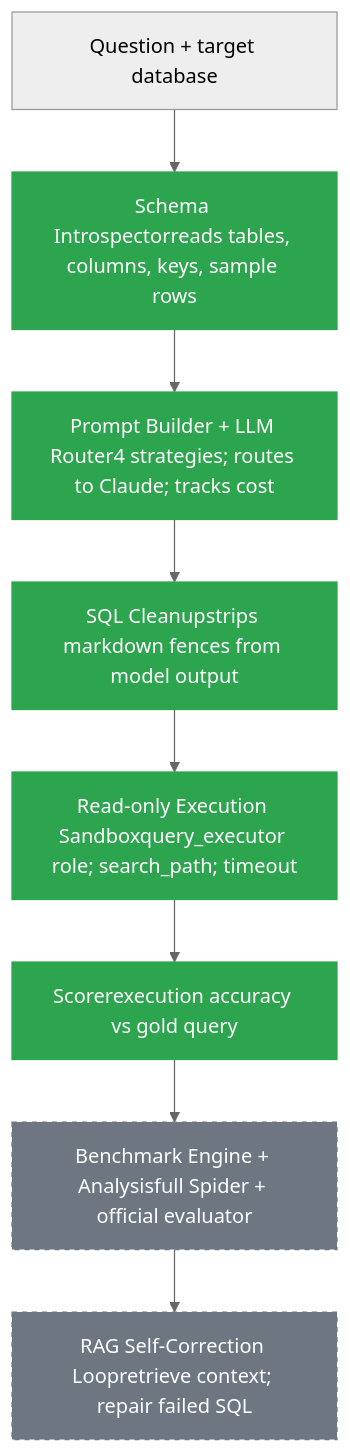
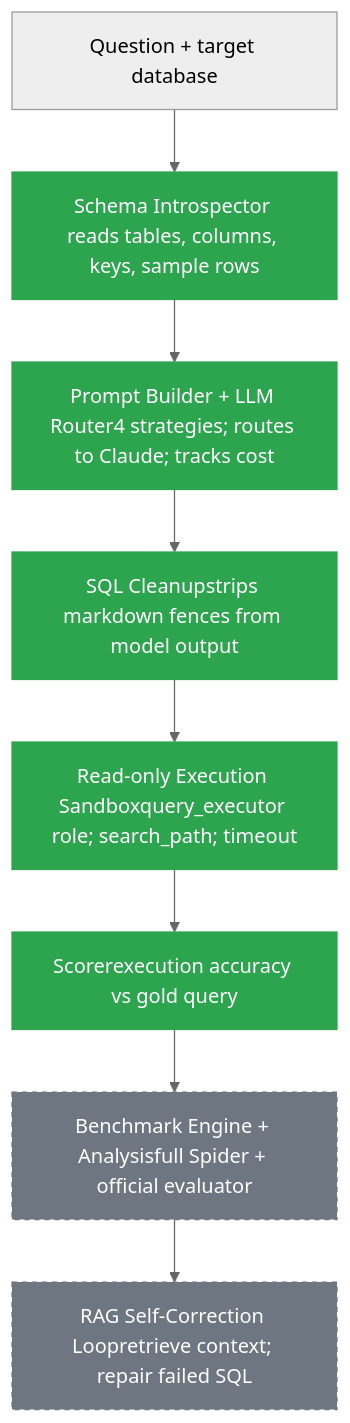
Before and after one commit to chapagaiaashray/Text-to-SQL-Platform-with-LLM-Benchmarking: the diagram in README.md, drawn with Mermaid (neutral theme).

Commit message:
Use Mermaid flowchart for architecture diagram

````diff
--- a/README.md
+++ b/README.md
@@ -54,19 +54,19 @@
 ```mermaid
 flowchart TD
     Q["Question + target database"]
-    SI["Schema Introspectorreads tables, columns, keys, sample rows"]
+    SI["Schema Introspector reads tables, columns, keys, sample rows"]
     PR["Prompt Builder + LLM Router4 strategies; routes to Claude; tracks cost"]
     CL["SQL Cleanupstrips markdown fences from model output"]
     EX["Read-only Execution Sandboxquery_executor role; search_path; timeout"]
     SC["Scorerexecution accuracy vs gold query"]
     BE["Benchmark Engine + Analysisfull Spider + official evaluator"]
     RAG["RAG Self-Correction Loopretrieve context; repair failed SQL"]
 
     Q --> SI --> PR --> CL --> EX --> SC --> BE --> RAG
 
     classDef done fill:#2da44e,stroke:#2da44e,color:#ffffff;
     classDef planned fill:#6e7681,stroke:#6e7681,color:#ffffff,stroke-dasharray:4 4;
 
     class SI,PR,CL,EX,SC done
     class BE,RAG planned
 ```
````
